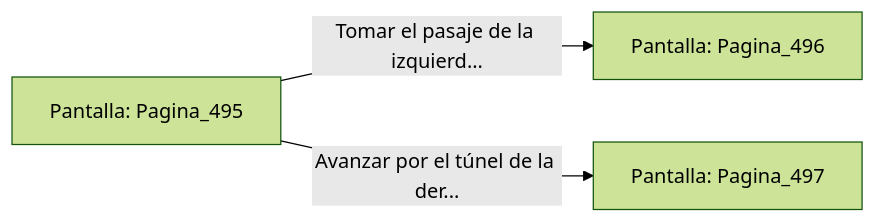
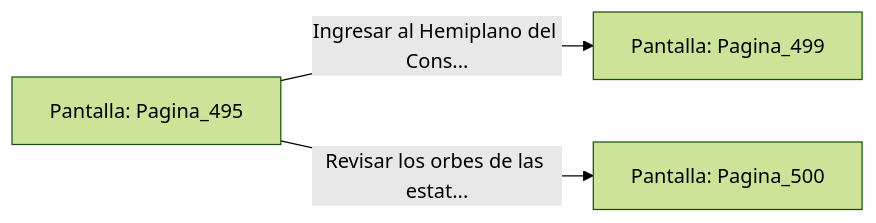
The diagram in sample/eligejuego-vault/Pantalla_Pagina_495.md (metsuke/mpl), drawn with Mermaid (forest theme) before and after one commit. The commit also changed other lines of this file and 635 other files, not shown here.

First line of the commit message:
fix: añadir Pagina_1 como pantalla inicial en capitulo_01.mpl

````diff
--- a/sample/eligejuego-vault/Pantalla_Pagina_495.md
+++ b/sample/eligejuego-vault/Pantalla_Pagina_495.md
@@ -20,6 +24,6 @@
 ```mermaid
 graph LR
     P_Pagina_495["Pantalla: Pagina_495"]
-    P_Pagina_495 -->|"Tomar el pasaje de la izquierd..."| P_Pagina_496["Pantalla: Pagina_496"]
-    P_Pagina_495 -->|"Avanzar por el túnel de la der..."| P_Pagina_497["Pantalla: Pagina_497"]
+    P_Pagina_495 -->|"Ingresar al Hemiplano del Cons..."| P_Pagina_499["Pantalla: Pagina_499"]
+    P_Pagina_495 -->|"Revisar los orbes de las estat..."| P_Pagina_500["Pantalla: Pagina_500"]
 ```
````
